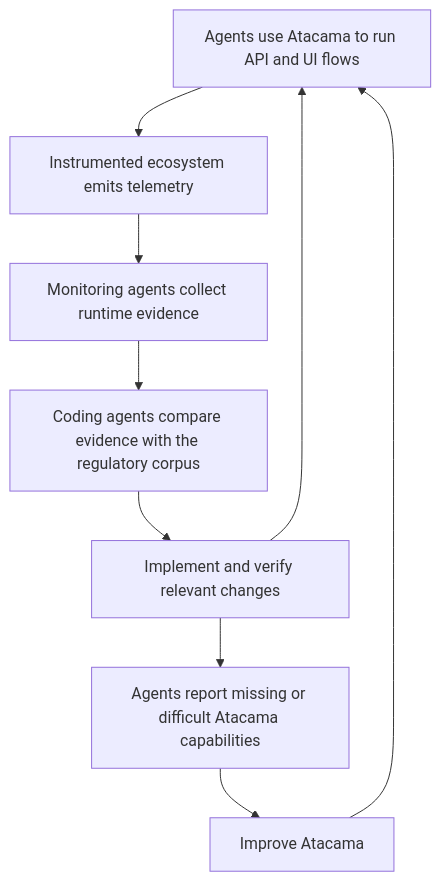
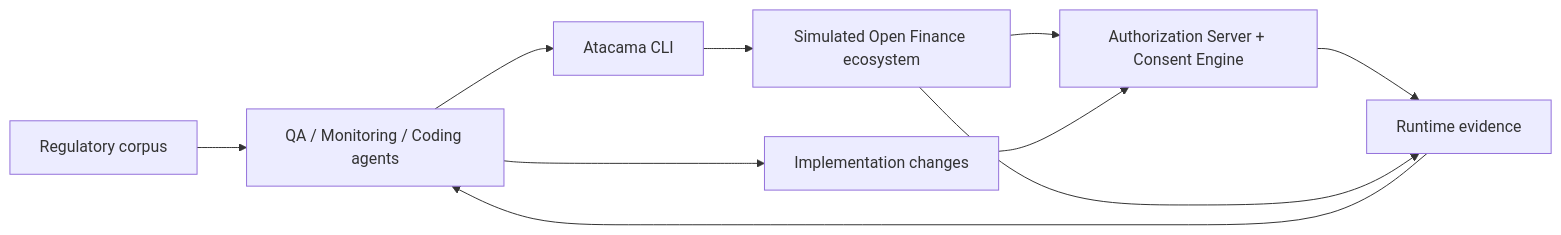
One commit to thiagogcm/nthings.dev changed the diagram in src/content/blog/code-is-cheap-verification-is-not.md. Above: the diagram before and after it, drawn with Mermaid. The commit also changed other lines of this file, not shown here.

Commit message:
fix(blog): update publication date and enhance clarity in the Open Finance ecosystem discussion

````diff
--- a/src/content/blog/code-is-cheap-verification-is-not.md
+++ b/src/content/blog/code-is-cheap-verification-is-not.md
@@ -38,11 +44,12 @@
 ```mermaid
-flowchart TD
-    A[Agents use Atacama to run API and UI flows] --> B[Instrumented ecosystem emits telemetry]
-    B --> C[Monitoring agents collect runtime evidence]
-    C --> D[Coding agents compare evidence with the regulatory corpus]
-    D --> E[Implement and verify relevant changes]
-    E --> A
-    E --> F[Agents report missing or difficult Atacama capabilities]
-    F --> G[Improve Atacama]
-    G --> A
+flowchart LR
+    Specs[Regulatory corpus] --> Agents[QA / Monitoring / Coding agents]
+    Agents --> Atacama[Atacama CLI]
+    Atacama --> Ecosystem[Simulated Open Finance ecosystem]
+    Ecosystem --> AS[Authorization Server + Consent Engine]
+    AS --> Telemetry[Runtime evidence]
+    Ecosystem --> Telemetry
+    Telemetry --> Agents
+    Agents --> Code[Implementation changes]
+    Code --> AS
 ```
````
